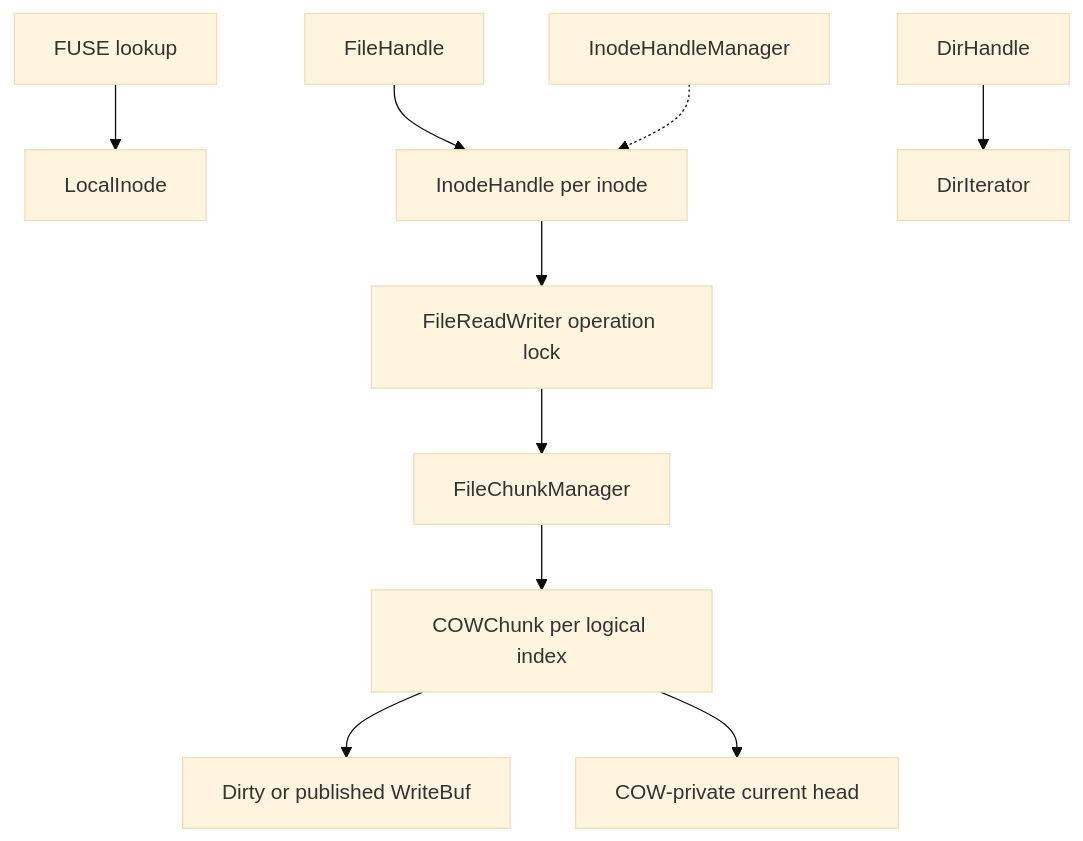
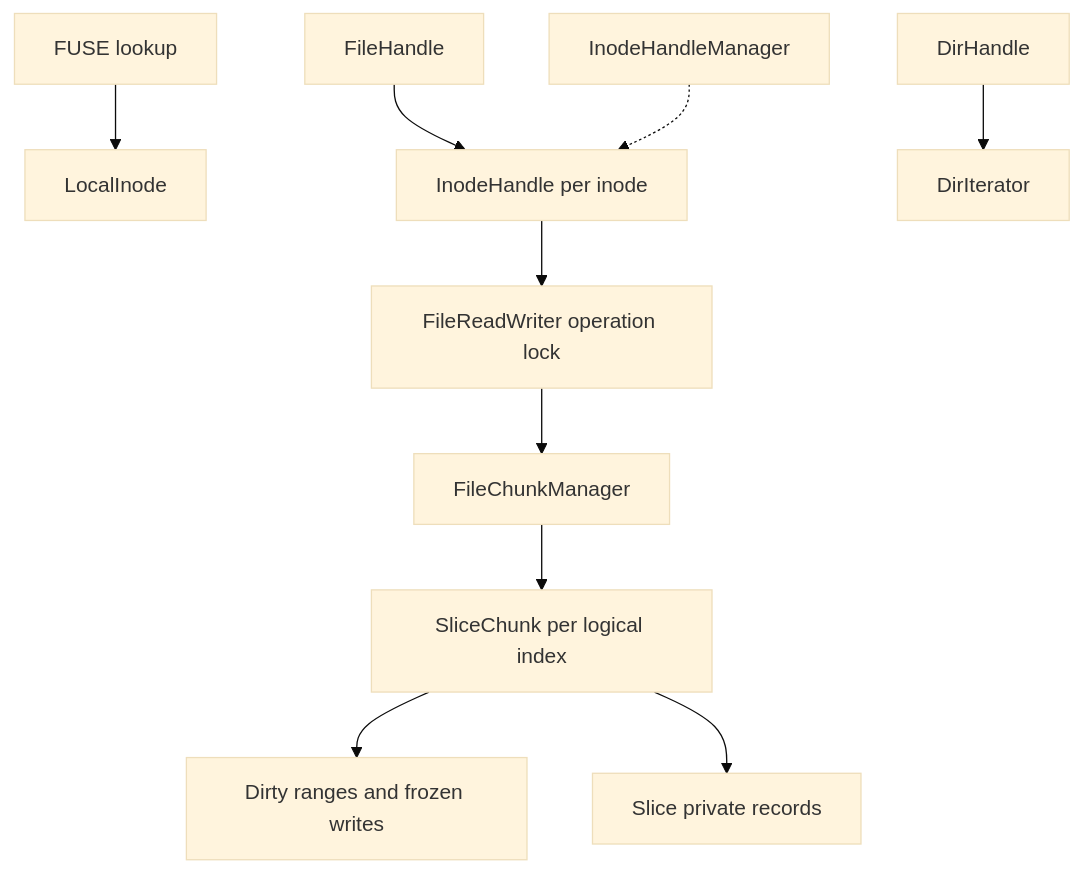
One commit to SwordInfra/SwordFS changed the second of 2 diagrams in docs/design/data-structures.md. Above: the diagram before and after it, drawn with Mermaid (base theme). The commit also changed other lines of this file and 63 other files, not shown here.

Commit message:
refactor(chunk): retire concrete COW mechanism and preserve Slice contracts (#527)

````diff
--- a/docs/design/data-structures.md
+++ b/docs/design/data-structures.md
@@ -48,12 +42,12 @@
 ```mermaid
 flowchart TD
     E[FUSE lookup] --> L[LocalInode]
     F[FileHandle] --> I[InodeHandle per inode]
     I --> R[FileReadWriter operation lock]
     R --> C[FileChunkManager]
-    C --> K[COWChunk per logical index]
-    K --> W[Dirty or published WriteBuf]
-    K --> H[COW-private current head]
+    C --> K[SliceChunk per logical index]
+    K --> W[Dirty ranges and frozen writes]
+    K --> S[Slice private records]
     M[InodeHandleManager] -.-> I
     D[DirHandle] --> T[DirIterator]
 ```
````
